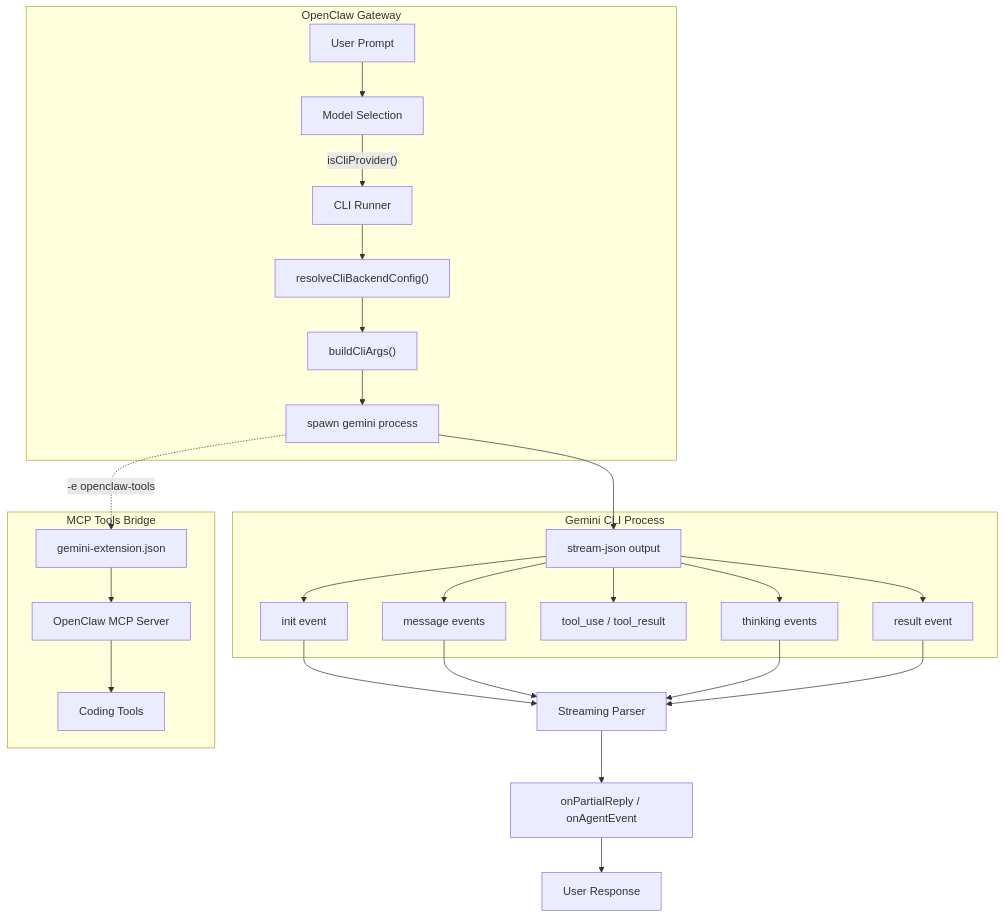
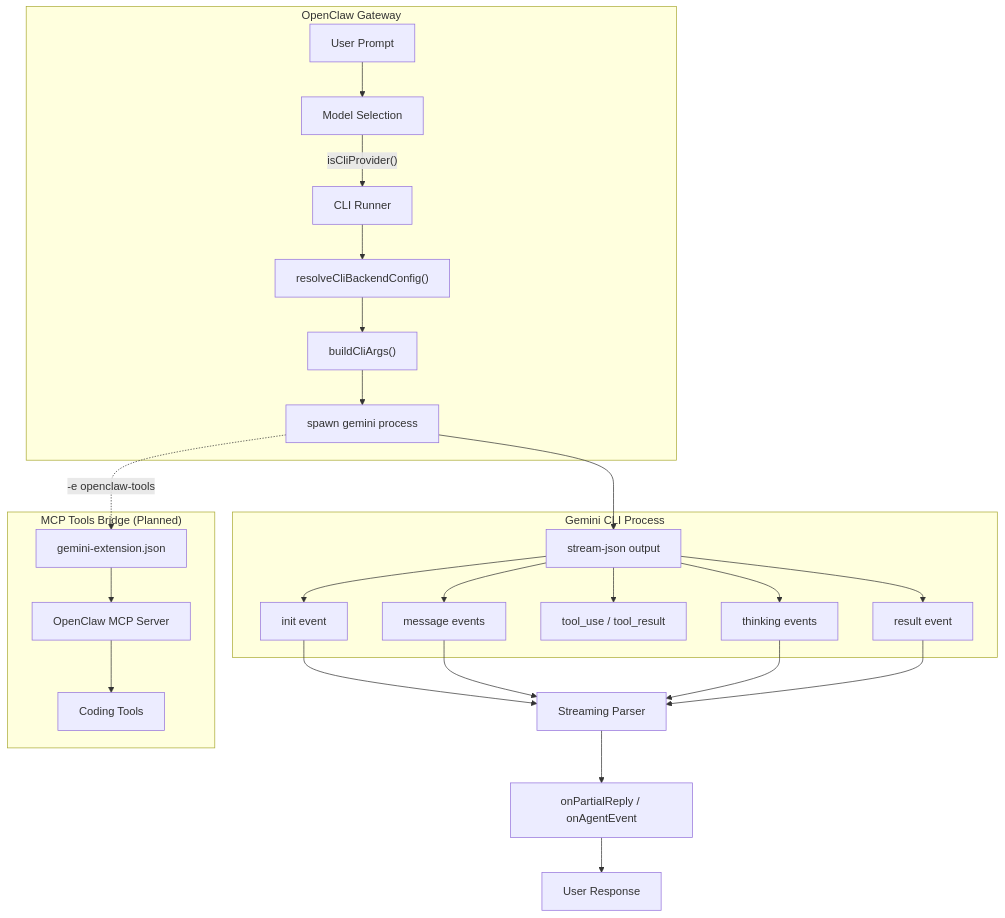
One commit to h0tp-ftw/openclaw changed the diagram in docs/cli/gemini-cli-headless-architecture.md. Above: the diagram before and after it, drawn with Mermaid. The commit also changed other lines of this file and 1 other file, not shown here.

````diff
--- a/docs/cli/gemini-cli-headless-architecture.md
+++ b/docs/cli/gemini-cli-headless-architecture.md
@@ -19,29 +19,29 @@
 ```mermaid
 flowchart TB
     subgraph OpenClaw["OpenClaw Gateway"]
         A["User Prompt"] --> B["Model Selection"]
         B -->|"isCliProvider()"| C["CLI Runner"]
         C --> D["resolveCliBackendConfig()"]
         D --> E["buildCliArgs()"]
         E --> F["spawn gemini process"]
     end
 
     subgraph GeminiCLI["Gemini CLI Process"]
         F --> G["stream-json output"]
         G --> H["init event"]
         G --> I["message events"]
         G --> J["tool_use / tool_result"]
         G --> K["thinking events"]
         G --> L["result event"]
     end
 
-    subgraph MCP["MCP Tools Bridge"]
+    subgraph MCP["MCP Tools Bridge (Planned)"]
         F -.->|"-e openclaw-tools"| M["gemini-extension.json"]
         M --> N["OpenClaw MCP Server"]
         N --> O["Coding Tools"]
     end
 
     H & I & K & L --> P["Streaming Parser"]
     P --> Q["onPartialReply / onAgentEvent"]
     Q --> R["User Response"]
 ```
````
